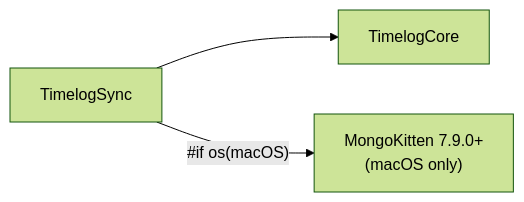
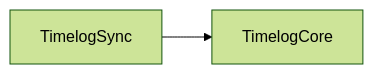
Before and after one commit to albertobarrago/timelog: the second of 2 diagrams in docs/01-architecture.md, drawn with Mermaid (forest theme). The commit also changed other lines of this file and 26 other files, not shown here.

First line of the commit message:
feat(sync): replace MongoKitten with unified SSE-based sync

````diff
--- a/docs/01-architecture.md
+++ b/docs/01-architecture.md
@@ -101,9 +101,7 @@
 ```mermaid
 graph LR
     TimelogCore["TimelogCore"]
     TimelogSync["TimelogSync"]
-    MongoKitten["MongoKitten 7.9.0+\n(macOS only)"]
 
     TimelogSync --> TimelogCore
-    TimelogSync -->|"#if os(macOS)"| MongoKitten
 ```
````
